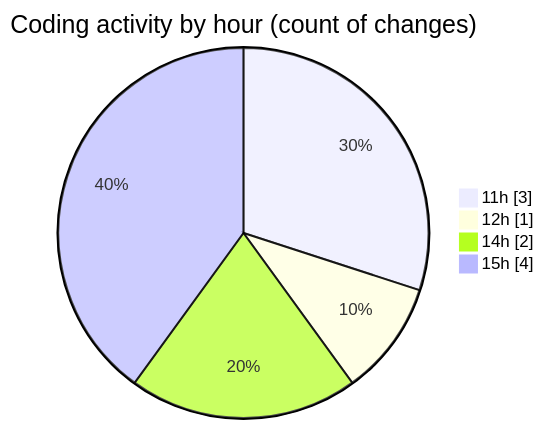
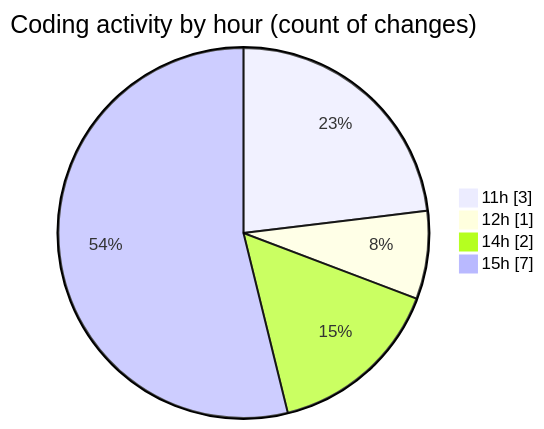
Before and after one commit to debugP/code-tracking: the second of 2 diagrams in 2025-09-25/plugins/README.md, drawn with Mermaid. The commit also changed other lines of this file and 1 other file, not shown here.

````diff
--- a/2025-09-25/plugins/README.md
+++ b/2025-09-25/plugins/README.md
@@ -28,8 +28,8 @@
 ```mermaid
 pie showData
 title Coding activity by hour (count of changes)
 "11h" : 3
 "12h" : 1
 "14h" : 2
-"15h" : 4
+"15h" : 7
 ```
````
